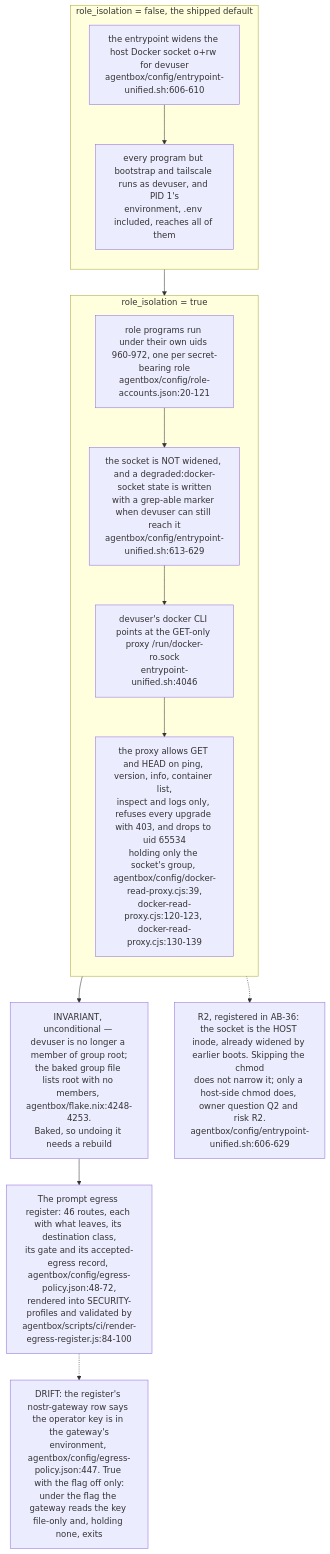
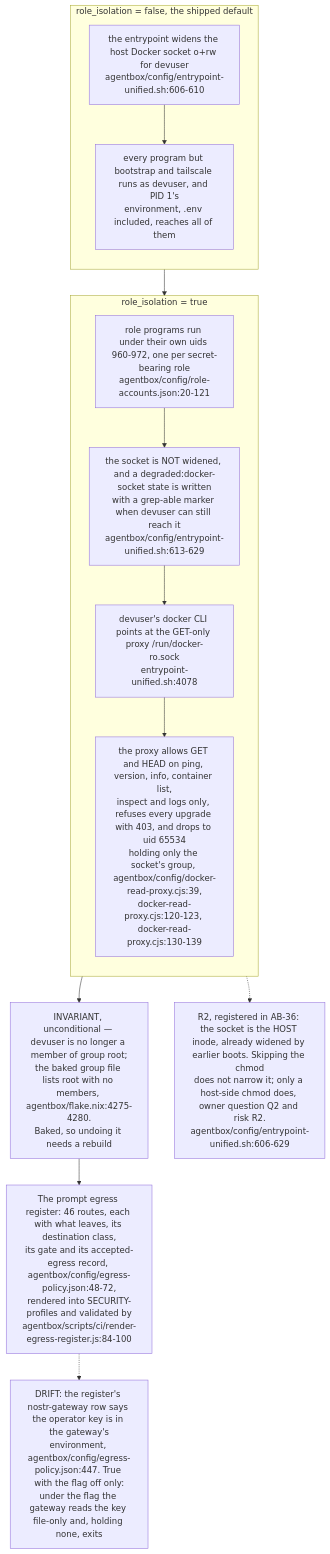
Before and after one commit to DreamLab-AI/VisionFlow: the tenth of 11 diagrams in docs/diagrams/estate/10-deployment-and-security-profiles.md, drawn with Mermaid. The commit also changed other lines of this file and 8 other files, not shown here.

First line of the commit message:
docs(diagrams): re-verify the NIP-98 proxy topics and the custody counts at agentbox 0693c761c (VF-DIAGRAM-NIP98-DRIFT)

````diff
--- a/docs/diagrams/estate/10-deployment-and-security-profiles.md
+++ b/docs/diagrams/estate/10-deployment-and-security-profiles.md
@@ -405,24 +407,24 @@
 ```mermaid
 flowchart TB
     subgraph OFF["role_isolation = false, the shipped default"]
         direction TB
         O1["the entrypoint widens the host Docker socket o+rw for devuser<br/>agentbox/config/entrypoint-unified.sh:606-610"]
         O2["every program but bootstrap and tailscale runs as devuser, and PID 1's<br/>environment, .env included, reaches all of them"]
         O1 --> O2
     end
     subgraph ON["role_isolation = true"]
         direction TB
         A1["role programs run under their own uids 960-972, one per secret-bearing role<br/>agentbox/config/role-accounts.json:20-121"]
         A2["the socket is NOT widened, and a degraded:docker-socket state is written<br/>with a grep-able marker when devuser can still reach it<br/>agentbox/config/entrypoint-unified.sh:613-629"]
-        A3["devuser's docker CLI points at the GET-only proxy /run/docker-ro.sock<br/>entrypoint-unified.sh:4046"]
+        A3["devuser's docker CLI points at the GET-only proxy /run/docker-ro.sock<br/>entrypoint-unified.sh:4078"]
         A4["the proxy allows GET and HEAD on ping, version, info, container list,<br/>inspect and logs only, refuses every upgrade with 403, and drops to uid 65534<br/>holding only the socket's group, agentbox/config/docker-read-proxy.cjs:39,<br/>docker-read-proxy.cjs:120-123, docker-read-proxy.cjs:130-139"]
         A1 --> A2 --> A3 --> A4
     end
     OFF --> ON
-    GR["INVARIANT, unconditional — devuser is no longer a member of group root;<br/>the baked group file lists root with no members, agentbox/flake.nix:4248-4253.<br/>Baked, so undoing it needs a rebuild"]
+    GR["INVARIANT, unconditional — devuser is no longer a member of group root;<br/>the baked group file lists root with no members, agentbox/flake.nix:4275-4280.<br/>Baked, so undoing it needs a rebuild"]
     ON --> GR
     EG["The prompt egress register: 46 routes, each with what leaves, its destination class,<br/>its gate and its accepted-egress record, agentbox/config/egress-policy.json:48-72,<br/>rendered into SECURITY-profiles and validated by<br/>agentbox/scripts/ci/render-egress-register.js:84-100"]
     GR --> EG
     A2 -.-> OPEN2["R2, registered in AB-36: the socket is the HOST inode, already widened by earlier boots. Skipping the chmod<br/>does not narrow it; only a host-side chmod does, owner question Q2 and risk R2.<br/>agentbox/config/entrypoint-unified.sh:606-629"]
     EG -.-> DR["DRIFT: the register's nostr-gateway row says the operator key is in the gateway's<br/>environment, agentbox/config/egress-policy.json:447. True with the flag off only:<br/>under the flag the gateway reads the key file-only and, holding none, exits"]
 ```
````
